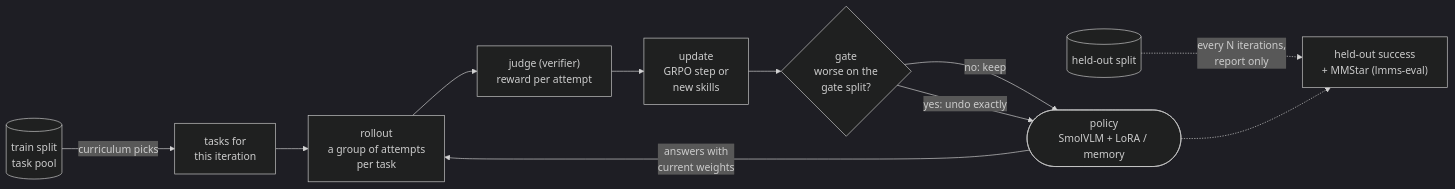
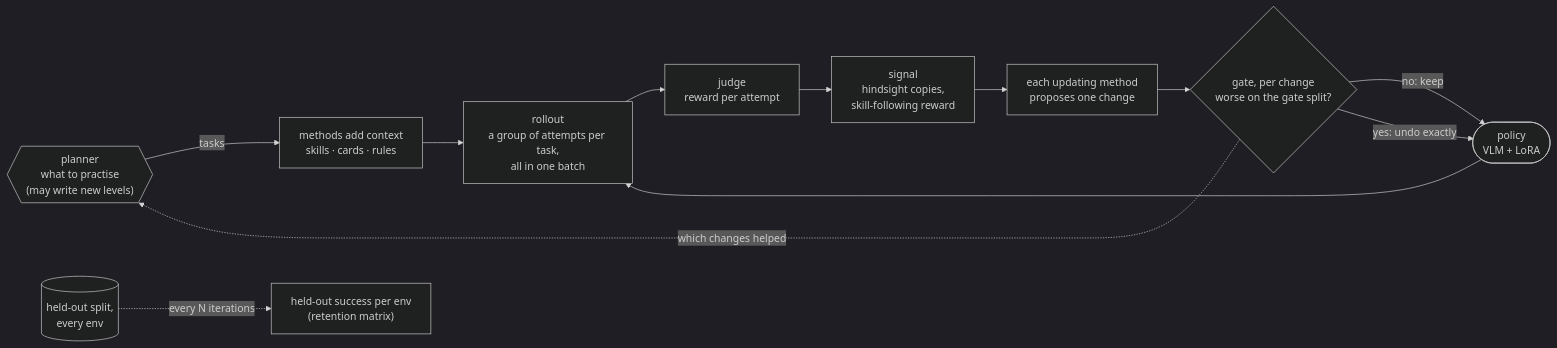
The diagram in README.md (patrickamadeus/nanovlm-rsi), drawn with Mermaid (dark theme) before and after one commit. The commit also changed other lines of this file and 14 other files, not shown here.

````diff
--- a/README.md
+++ b/README.md
@@ -16,13 +18,14 @@
 ```mermaid
 flowchart LR
-    pool[("train split<br/>task pool")] -->|"curriculum picks"| tasks["tasks for<br/>this iteration"]
-    tasks --> rollout["rollout<br/>a group of attempts<br/>per task"]
-    policy(["policy<br/>SmolVLM + LoRA / memory"]) -->|"answers with<br/>current weights"| rollout
-    rollout --> judge["judge (verifier)<br/>reward per attempt"]
-    judge --> update["update<br/>GRPO step or<br/>new skills"]
-    update --> gate{"gate<br/>worse on the<br/>gate split?"}
+    planner{{"planner<br/>what to practise<br/>(may write new levels)"}} -->|tasks| ctx["methods add context<br/>skills · cards · rules"]
+    ctx --> rollout["rollout<br/>a group of attempts per task,<br/>all in one batch"]
+    policy(["policy<br/>VLM + LoRA"]) --> rollout
+    rollout --> judge["judge<br/>reward per attempt"]
+    judge --> signal["signal<br/>hindsight copies,<br/>skill-following reward"]
+    signal --> updates["each updating method<br/>proposes one change"]
+    updates --> gate{"gate, per change<br/>worse on the gate split?"}
     gate -->|"no: keep"| policy
     gate -->|"yes: undo exactly"| policy
-    held[("held-out split")] -.->|"every N iterations,<br/>report only"| report["held-out success<br/>+ MMStar (lmms-eval)"]
-    policy -.-> report
+    gate -.->|"which changes helped"| planner
+    held[("held-out split,<br/>every env")] -.->|"every N iterations"| report["held-out success per env<br/>(retention matrix)"]
 ```
````
